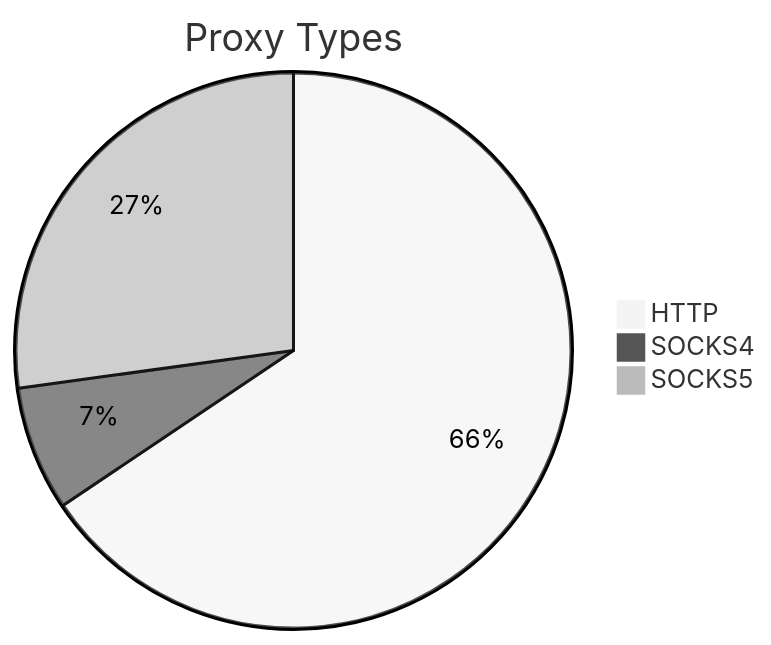
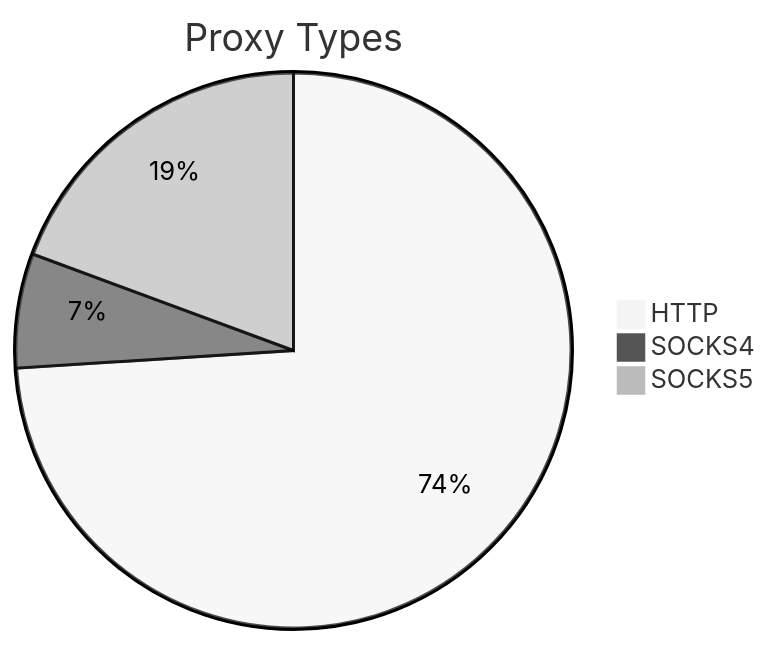
Before and after one commit to stormsia/proxy-list: the first of 2 diagrams in README.md, drawn with Mermaid (neutral theme). The commit also changed other lines of this file, not shown here.

````diff
--- a/README.md
+++ b/README.md
@@ -21,6 +21,6 @@
 ```mermaid
 pie title Proxy Types
-    "HTTP" : 181
-    "SOCKS4" : 20
-    "SOCKS5" : 75
+    "HTTP" : 256
+    "SOCKS4" : 23
+    "SOCKS5" : 67
 ```
````
